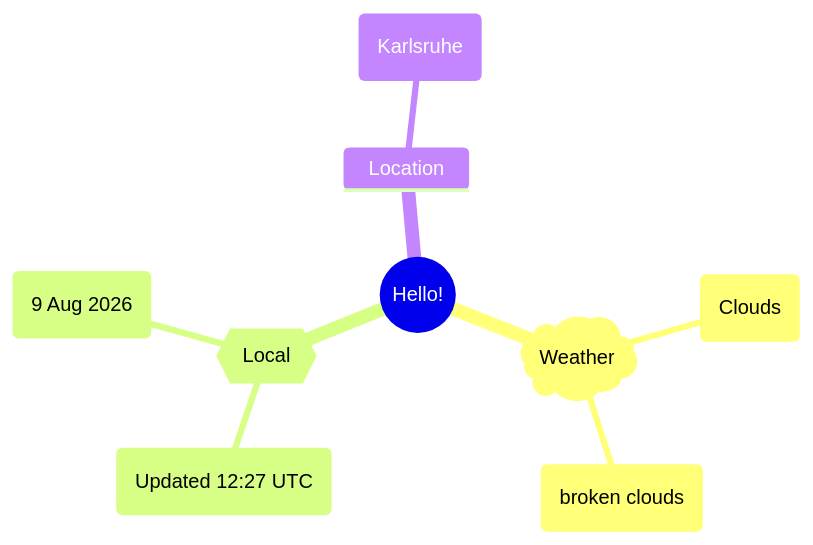
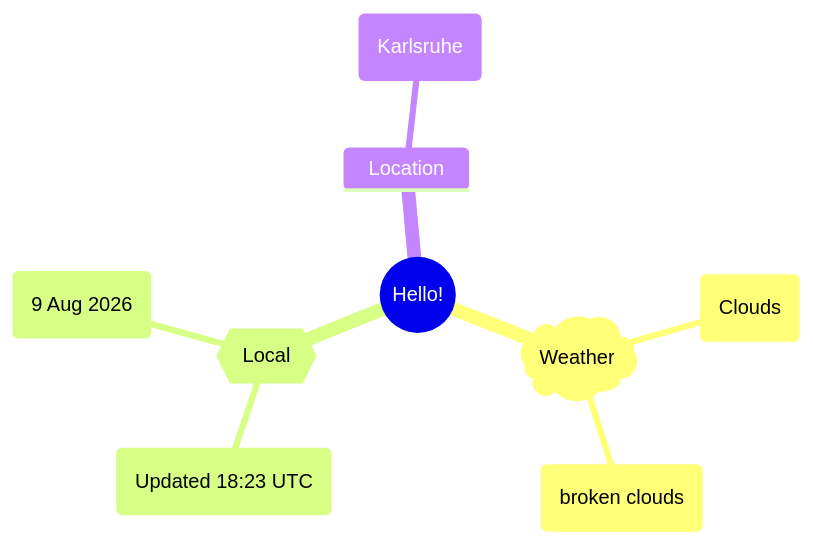
One commit to Xosrov/Xosrov changed the first of 2 diagrams in README.md. Above: the diagram before and after it, drawn with Mermaid.

Commit message:
[bot] updated images

````diff
--- a/README.md
+++ b/README.md
@@ -3,12 +3,12 @@
 ```mermaid
 mindmap
   root((Hello!))
     )Weather(
         (Clouds)
         (broken clouds)
     {{Local}}
-        (Updated 12:27 UTC)
+        (Updated 18:23 UTC)
         (9 Aug 2026)
     Location
         (Karlsruhe)
 ```
````
